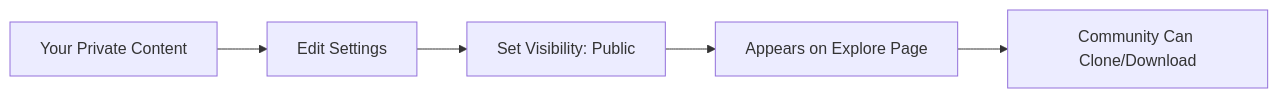
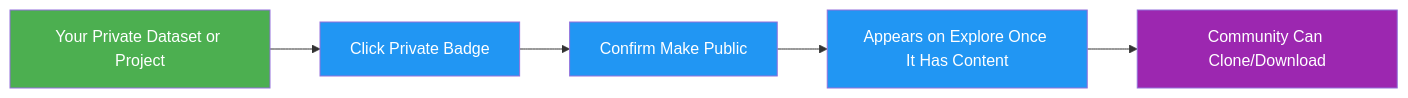
The third of 3 diagrams in ultralytics/docs/en/platform/explore.md (KATe-AGI/Embodied_VG), drawn with Mermaid before and after one commit. The commit also changed other lines of this file and 980 other files, not shown here.

````diff
--- a/ultralytics/docs/en/platform/explore.md
+++ b/ultralytics/docs/en/platform/explore.md
@@ -240,7 +274,11 @@
 ```mermaid
 graph LR
-    A[Your Private Content] --> B[Edit Settings]
-    B --> C[Set Visibility: Public]
-    C --> D[Appears on Explore Page]
-    D --> E[Community Can Clone/Download]
+    A[Your Private Dataset or Project]:::start --> B[Click Private Badge]:::proc
+    B --> C[Confirm Make Public]:::proc
+    C --> D[Appears on Explore Once It Has Content]:::proc
+    D --> E[Community Can Clone/Download]:::out
+
+    classDef start fill:#4CAF50,color:#fff
+    classDef proc fill:#2196F3,color:#fff
+    classDef out fill:#9C27B0,color:#fff
 ```
````
